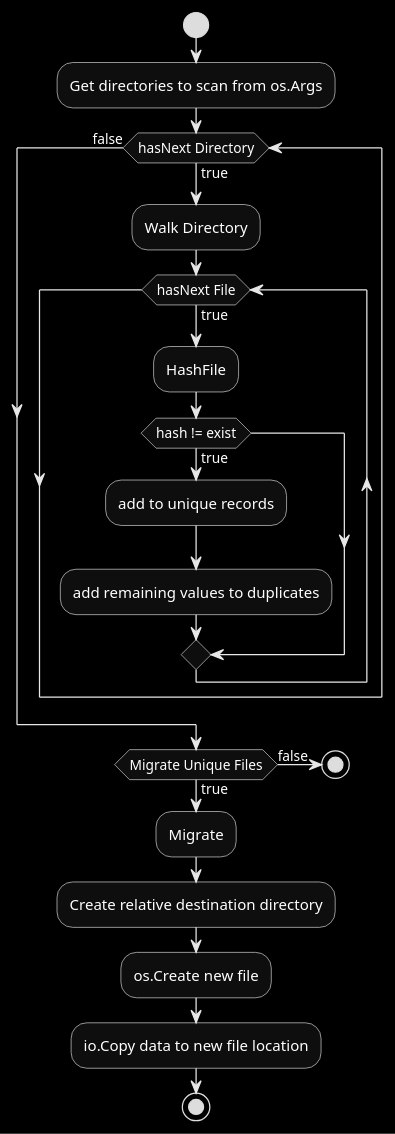
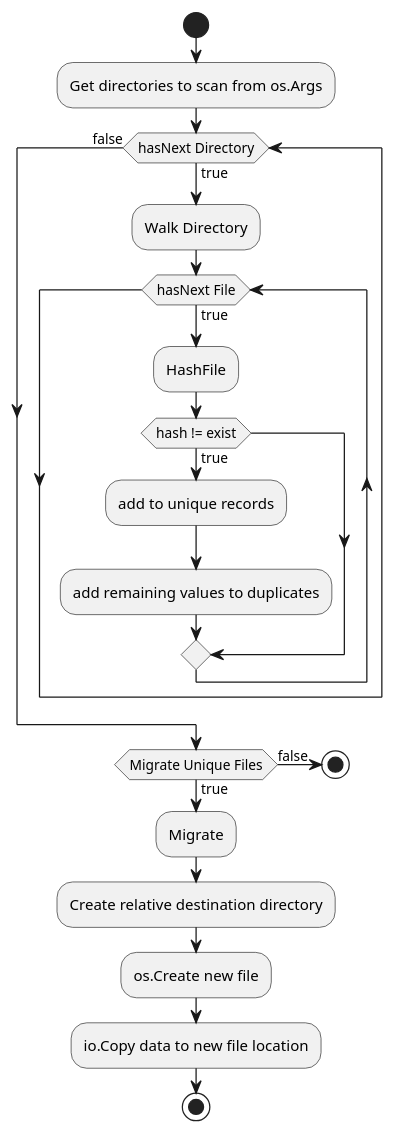
The diagram in docs/algorithm.puml (james-cathcart/file-consolidator), drawn with PlantUML before and after one commit. The commit also changed 6 other files, not shown here.

Commit message:
removed styling for diagrams (to use less ink if printed)

```diff
--- a/docs/algorithm.puml
+++ b/docs/algorithm.puml
@@ -1,24 +1,23 @@
 @startuml
-skinparam monochrome reverse
 
 start
 :Get directories to scan from os.Args;
 while (hasNext Directory) is (true)
     :Walk Directory;
     while (hasNext File) is (true)
         :HashFile;
         if (hash != exist) then (true)
             :add to unique records;
             :add remaining values to duplicates;
         endif
     endwhile
 endwhile (false)
 if (Migrate Unique Files) then (true)
     :Migrate;
     :Create relative destination directory;
     :os.Create new file;
     :io.Copy data to new file location;
     stop
 else (false)
     stop
 @enduml
```
